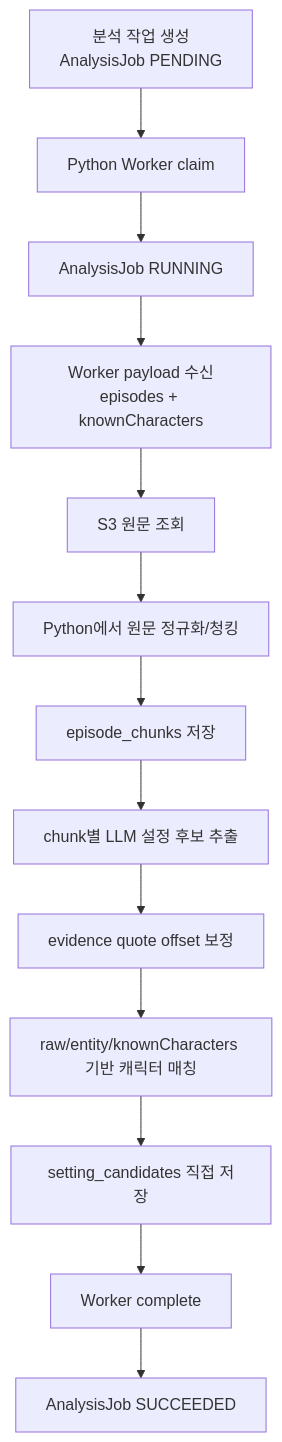
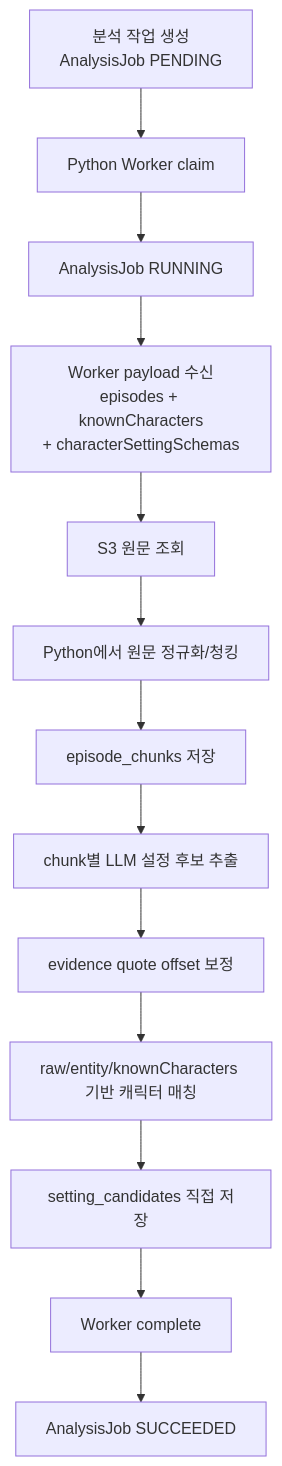
The second of 9 diagrams in docs/analysis-workflow.md (catchhole-soma/catchhole-backend-java), drawn with Mermaid before and after one commit. The commit also changed other lines of this file and 6 other files, not shown here.

First line of the commit message:
docs(character): Schema Registry 정책과 분석 흐름을 문서화

````diff
--- a/docs/analysis-workflow.md
+++ b/docs/analysis-workflow.md
@@ -27,15 +27,15 @@
 ```mermaid
 flowchart TD
     A["분석 작업 생성<br/>AnalysisJob PENDING"] --> B["Python Worker claim"]
     B --> C["AnalysisJob RUNNING"]
-    C --> D["Worker payload 수신<br/>episodes + knownCharacters"]
+    C --> D["Worker payload 수신<br/>episodes + knownCharacters<br/>+ characterSettingSchemas"]
     D --> E["S3 원문 조회"]
     E --> F["Python에서 원문 정규화/청킹"]
     F --> G["episode_chunks 저장"]
     G --> H["chunk별 LLM 설정 후보 추출"]
     H --> I["evidence quote offset 보정"]
     I --> J["raw/entity/knownCharacters 기반 캐릭터 매칭"]
     J --> K["setting_candidates 직접 저장"]
     K --> L["Worker complete"]
     L --> M["AnalysisJob SUCCEEDED"]
 ```
````
